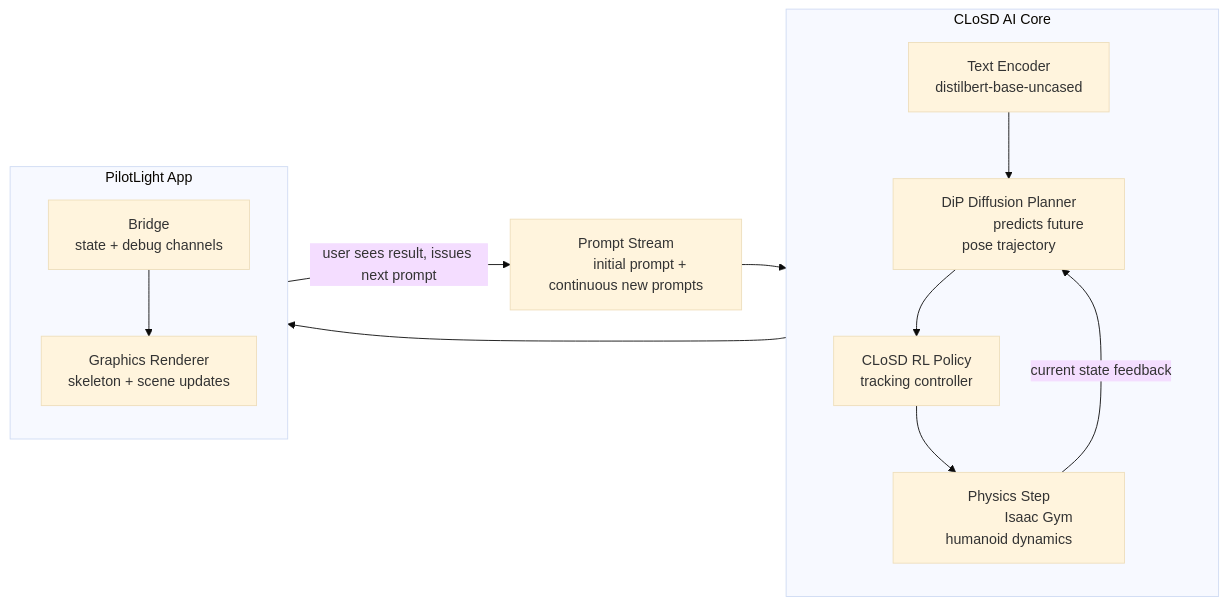
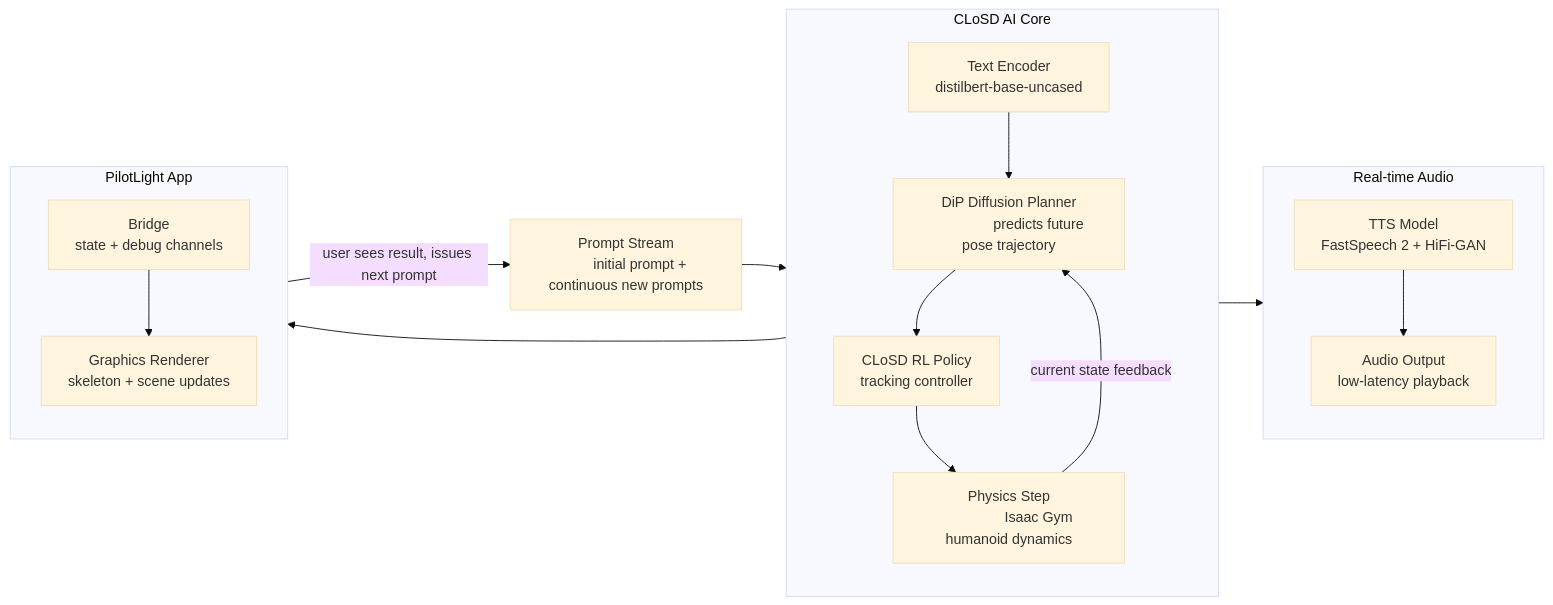
One commit to vecnode/humanoid-python-stream changed the diagram in README.md. Above: the diagram before and after it, drawn with Mermaid (base theme).

Commit message:
Update README diagram with real-time audio branch
Agent-Logs-Url: https://github.com/vecnode/mixed-motion/sessions/f2524c0f-5bed-4b09-829c-04028fbce8df

````diff
--- a/README.md
+++ b/README.md
@@ -110,29 +111,38 @@
 ```mermaid
 flowchart LR
         P[Prompt Stream
         initial prompt + continuous new prompts]
 
         subgraph C[CLoSD AI Core]
                 direction TB
                 E[Text Encoder
                 distilbert-base-uncased]
                 D[DiP Diffusion Planner
                 predicts future pose trajectory]
                 R[CLoSD RL Policy
                 tracking controller]
                 X[Physics Step
                 Isaac Gym humanoid dynamics]
         end
 
         subgraph A[PilotLight App]
                 direction TB
                 B[Bridge
                 state + debug channels]
                 G[Graphics Renderer
                 skeleton + scene updates]
         end
 
+        subgraph S[Real-time Audio]
+                direction TB
+                T[TTS Model
+                FastSpeech 2 + HiFi-GAN]
+                O[Audio Output
+                low-latency playback]
+        end
+
         P --> E --> D --> R --> X --> B --> G
+        E --> T --> O
         G -- user sees result, issues next prompt --> P
         X -- current state feedback --> D
 ```
````
